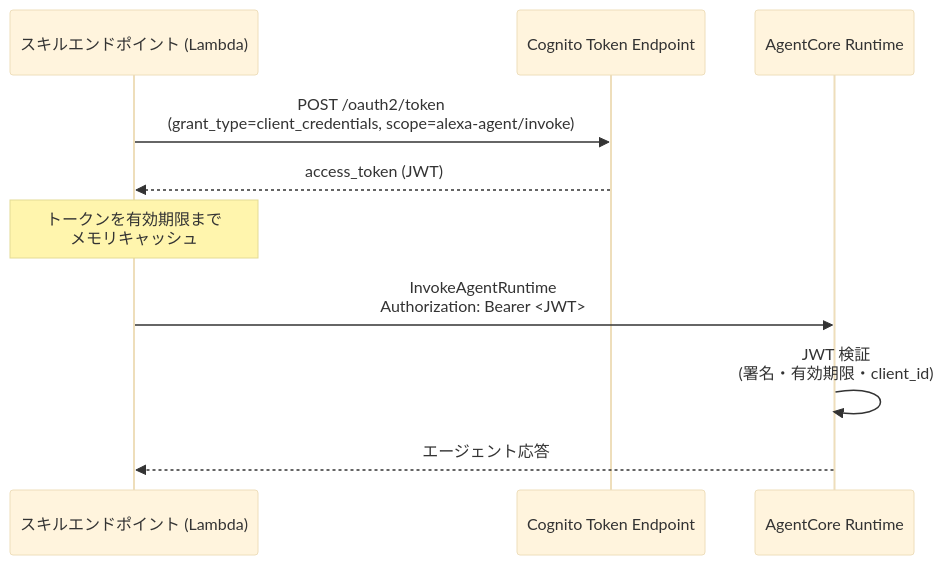
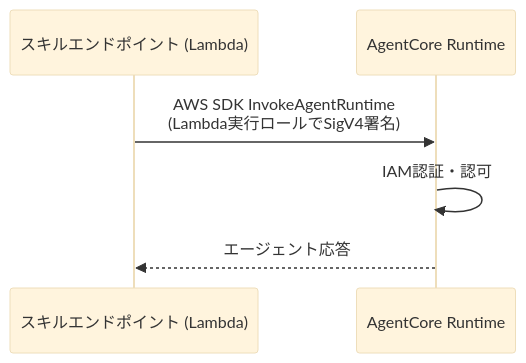
One commit to y-ohgi/alexa-agent changed the diagram in docs/specs/AUTH_SPEC.md. Above: the diagram before and after it, drawn with Mermaid (base theme). The commit also changed other lines of this file and 30 other files, not shown here.

````diff
--- a/docs/specs/AUTH_SPEC.md
+++ b/docs/specs/AUTH_SPEC.md
@@ -78,13 +50,9 @@
 ```mermaid
 sequenceDiagram
     participant Lambda as スキルエンドポイント (Lambda)
-    participant Cognito as Cognito Token Endpoint
     participant Runtime as AgentCore Runtime
 
-    Lambda->>Cognito: POST /oauth2/token<br/>(grant_type=client_credentials, scope=alexa-agent/invoke)
-    Cognito-->>Lambda: access_token (JWT)
-    Note over Lambda: トークンを有効期限まで<br/>メモリキャッシュ
-    Lambda->>Runtime: InvokeAgentRuntime<br/>Authorization: Bearer <JWT>
-    Runtime->>Runtime: JWT 検証<br/>(署名・有効期限・client_id)
+    Lambda->>Runtime: AWS SDK InvokeAgentRuntime<br/>(Lambda実行ロールでSigV4署名)
+    Runtime->>Runtime: IAM認証・認可
     Runtime-->>Lambda: エージェント応答
 ```
````
